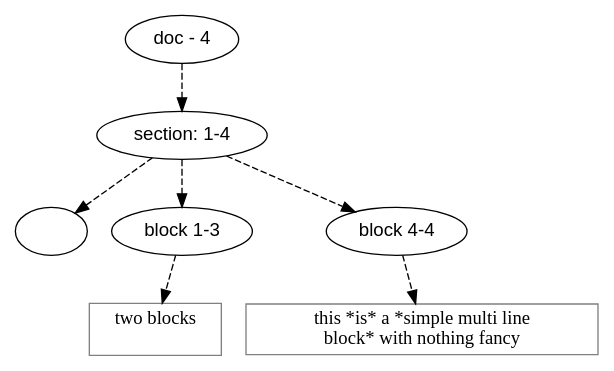
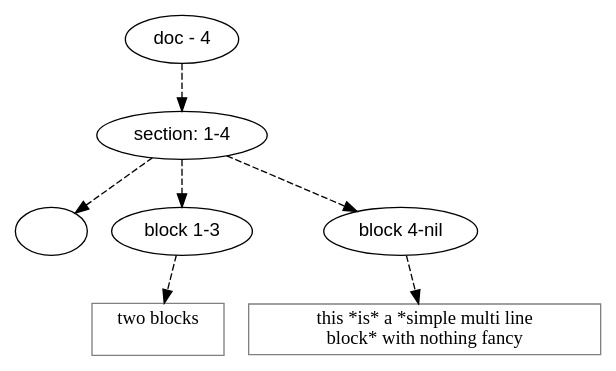
One commit to mnemnion/orb changed the diagram in orb/dot/samples/multi-line-bold.gm.dot. Above: the diagram before and after it, drawn with Graphviz. The commit also changed 40 other files, not shown here.

```diff
--- a/orb/dot/samples/multi-line-bold.gm.dot
+++ b/orb/dot/samples/multi-line-bold.gm.dot
@@ -1,29 +1,29 @@
 digraph hierarchy {
 
 node [fontname=Helvetica]
 edge [style=dashed]
 
 doc_0 [label="doc - 4"]
 
 doc_0 -> { section_1}
 {rank=same; section_1}
 
 section_1 [label="section: 1-4"]
 
 section_1 -> { header_2 block_3 block_4}
 {rank=same; header_2 block_3 block_4}
 
 header_2 [label=""]
 block_3 [label="block 1-3"]
-block_4 [label="block 4-4"]
+block_4 [label="block 4-nil"]
 
 
 block_3 -> leaf_5
 leaf_5  [color=Gray,shape=rectangle,fontname=Inconsolata,label="two blocks
 
 "]
 block_4 -> leaf_6
 leaf_6  [color=Gray,shape=rectangle,fontname=Inconsolata,label="this *is* a *simple multi line
 block* with nothing fancy
 "]
 }
```
